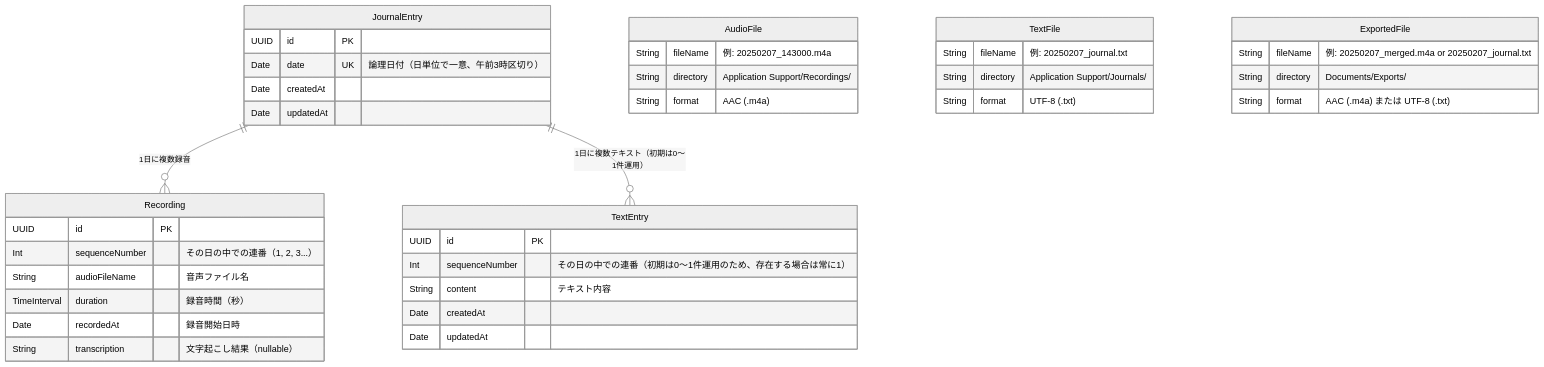
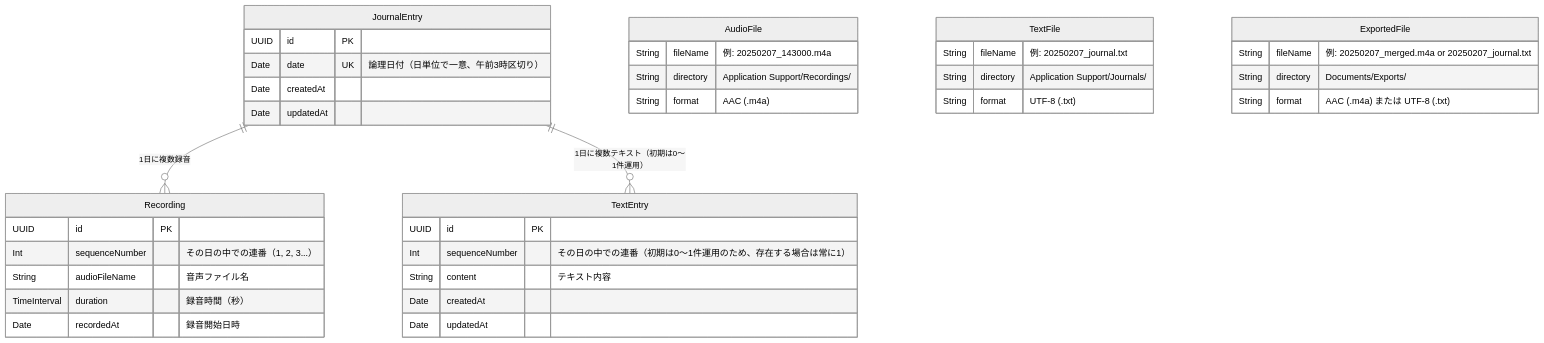
One commit to sy-hash/mind-echo changed the diagram in docs/design-prompt.md. Above: the diagram before and after it, drawn with Mermaid (neutral theme). The commit also changed other lines of this file and 1 other file, not shown here.

First line of the commit message:
Remove transcription feature from design spec, defer to Phase 2

````diff
--- a/docs/design-prompt.md
+++ b/docs/design-prompt.md
@@ -91,47 +88,46 @@
 ```mermaid
 erDiagram
     JournalEntry {
         UUID id PK
         Date date UK "論理日付（日単位で一意、午前3時区切り）"
         Date createdAt
         Date updatedAt
     }
 
     Recording {
         UUID id PK
         Int sequenceNumber "その日の中での連番（1, 2, 3...）"
         String audioFileName "音声ファイル名"
         TimeInterval duration "録音時間（秒）"
         Date recordedAt "録音開始日時"
-        String transcription "文字起こし結果（nullable）"
     }
 
     TextEntry {
         UUID id PK
         Int sequenceNumber "その日の中での連番（初期は0〜1件運用のため、存在する場合は常に1）"
         String content "テキスト内容"
         Date createdAt
         Date updatedAt
     }
 
     JournalEntry ||--o{ Recording : "1日に複数録音"
     JournalEntry ||--o{ TextEntry : "1日に複数テキスト（初期は0〜1件運用）"
 
     AudioFile {
         String fileName "例: 20250207_143000.m4a"
         String directory "Application Support/Recordings/"
         String format "AAC (.m4a)"
     }
 
     TextFile {
         String fileName "例: 20250207_journal.txt"
         String directory "Application Support/Journals/"
         String format "UTF-8 (.txt)"
     }
 
     ExportedFile {
         String fileName "例: 20250207_merged.m4a or 20250207_journal.txt"
         String directory "Documents/Exports/"
         String format "AAC (.m4a) または UTF-8 (.txt)"
     }
 ```
````
